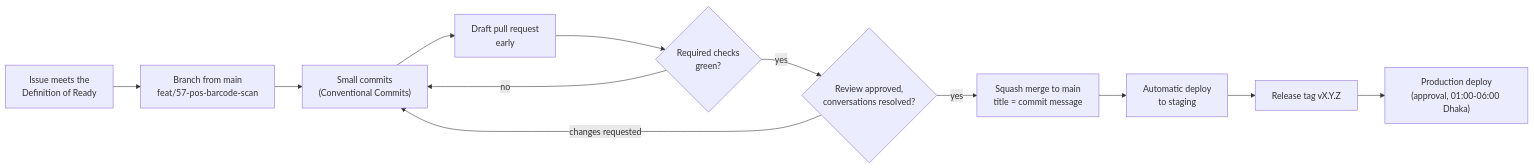
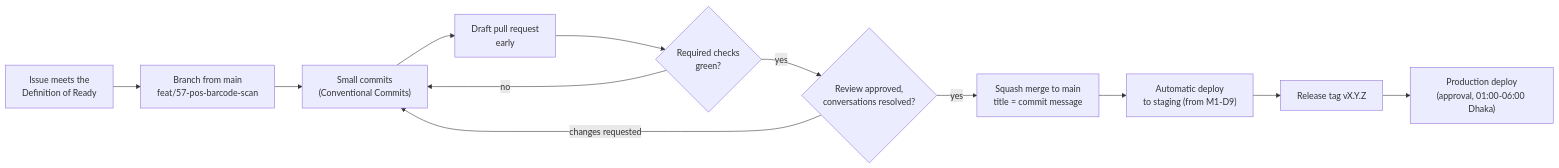
One commit to msasomrat/Pharmacy_Inventory changed the first of 3 diagrams in docs/engineering/engineering-standards.md. Above: the diagram before and after it, drawn with Mermaid. The commit also changed other lines of this file and 17 other files, not shown here.

````diff
--- a/docs/engineering/engineering-standards.md
+++ b/docs/engineering/engineering-standards.md
@@ -181,14 +182,14 @@
 ```mermaid
 flowchart LR
   issue["Issue meets the<br/>Definition of Ready"] --> branch["Branch from main<br/>feat/57-pos-barcode-scan"]
   branch --> commits["Small commits<br/>(Conventional Commits)"]
   commits --> pr["Draft pull request<br/>early"]
   pr --> ci{"Required checks<br/>green?"}
   ci -- no --> commits
   ci -- yes --> review{"Review approved,<br/>conversations resolved?"}
   review -- changes requested --> commits
   review -- yes --> squash["Squash merge to main<br/>title = commit message"]
-  squash --> staging["Automatic deploy<br/>to staging"]
+  squash --> staging["Automatic deploy<br/>to staging (from M1-D9)"]
   staging --> tag["Release tag vX.Y.Z"]
   tag --> prod["Production deploy<br/>(approval, 01:00-06:00 Dhaka)"]
 ```
````
